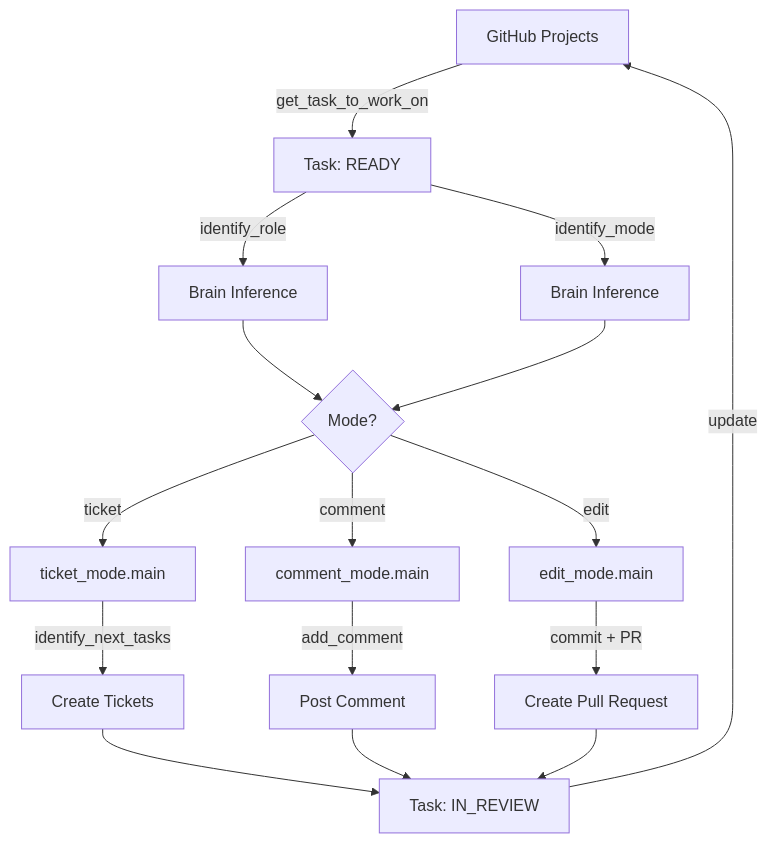
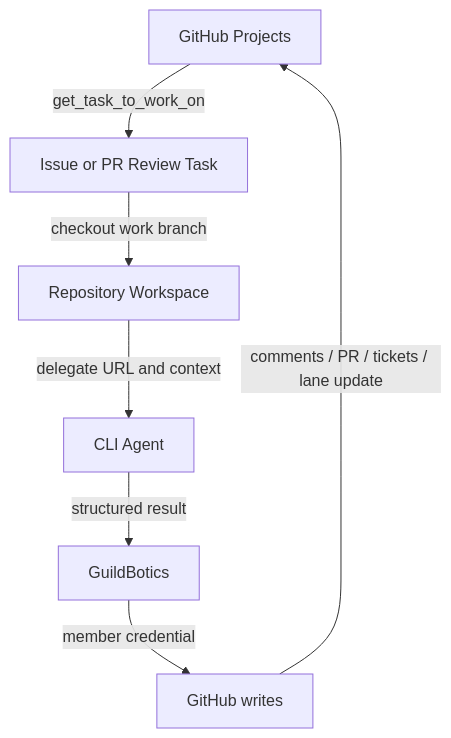
One commit to GuildBotics/GuildBotics changed the second of 3 diagrams in docs/ARCHITECTURE.md. Above: the diagram before and after it, drawn with Mermaid. The commit also changed other lines of this file and 173 other files, not shown here.

````diff
--- a/docs/ARCHITECTURE.md
+++ b/docs/ARCHITECTURE.md
@@ -303,22 +296,9 @@
 ```mermaid
 flowchart TD
-    A[GitHub Projects] -->|get_task_to_work_on| B[Task: READY]
-    B -->|identify_role| C[Brain Inference]
-    B -->|identify_mode| D[Brain Inference]
-    C --> E{Mode?}
-    D --> E
-
-    E -->|ticket| F[ticket_mode.main]
-    E -->|comment| G[comment_mode.main]
-    E -->|edit| H[edit_mode.main]
-
-    F -->|identify_next_tasks| I[Create Tickets]
-    G -->|add_comment| J[Post Comment]
-    H -->|commit + PR| K[Create Pull Request]
-
-    I --> L[Task: IN_REVIEW]
-    J --> L
-    K --> L
-
-    L -->|update| A
+    A[GitHub Projects] -->|get_task_to_work_on| B[Issue or PR Review Task]
+    B -->|checkout work branch| C[Repository Workspace]
+    C -->|delegate URL and context| D[CLI Agent]
+    D -->|structured result| E[GuildBotics]
+    E -->|member credential| F[GitHub writes]
+    F -->|comments / PR / tickets / lane update| A
 ```
````
